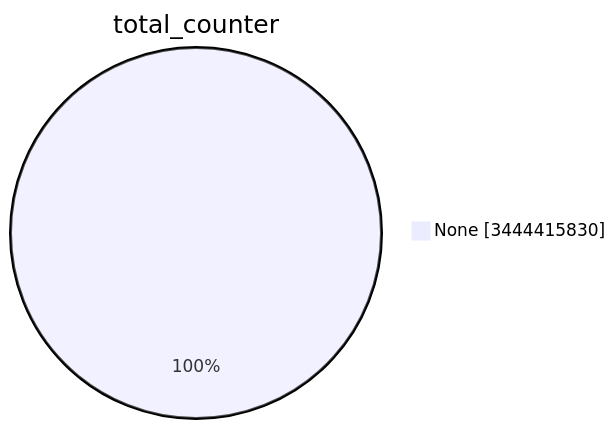
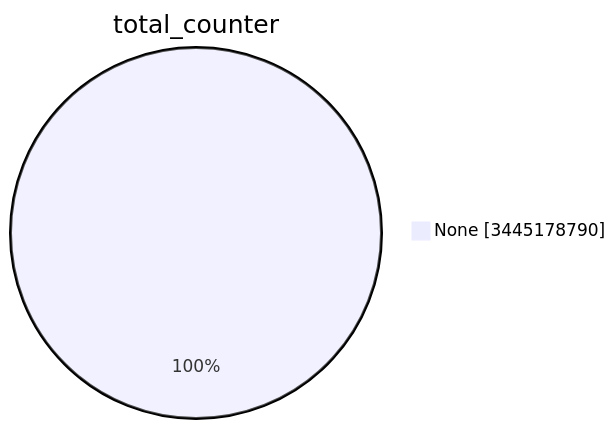
The first of 15 diagrams in TOTAL/README.md (christiankrug/ctmonitor_visualization), drawn with Mermaid before and after one commit. The commit also changed other lines of this file, not shown here.

````diff
--- a/TOTAL/README.md
+++ b/TOTAL/README.md
@@ -1,5 +1,5 @@
 ```mermaid
 pie showData
 title total_counter
-"None" :3444415830
+"None" :3445178790
 ```
````
